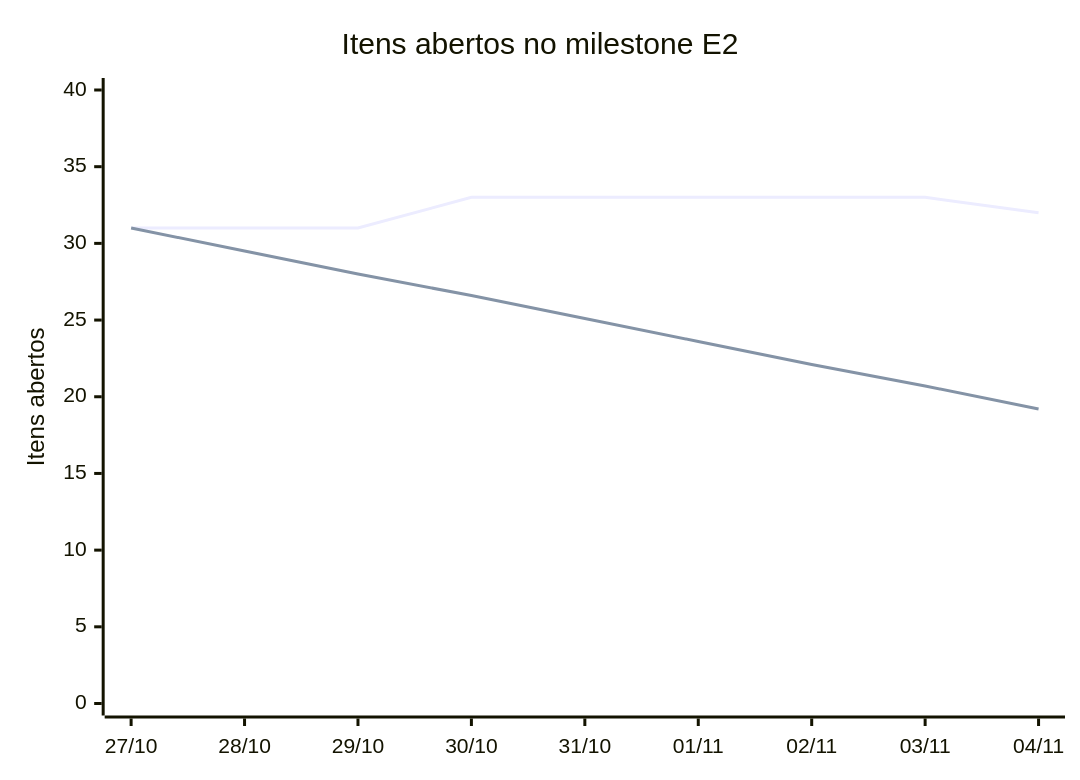
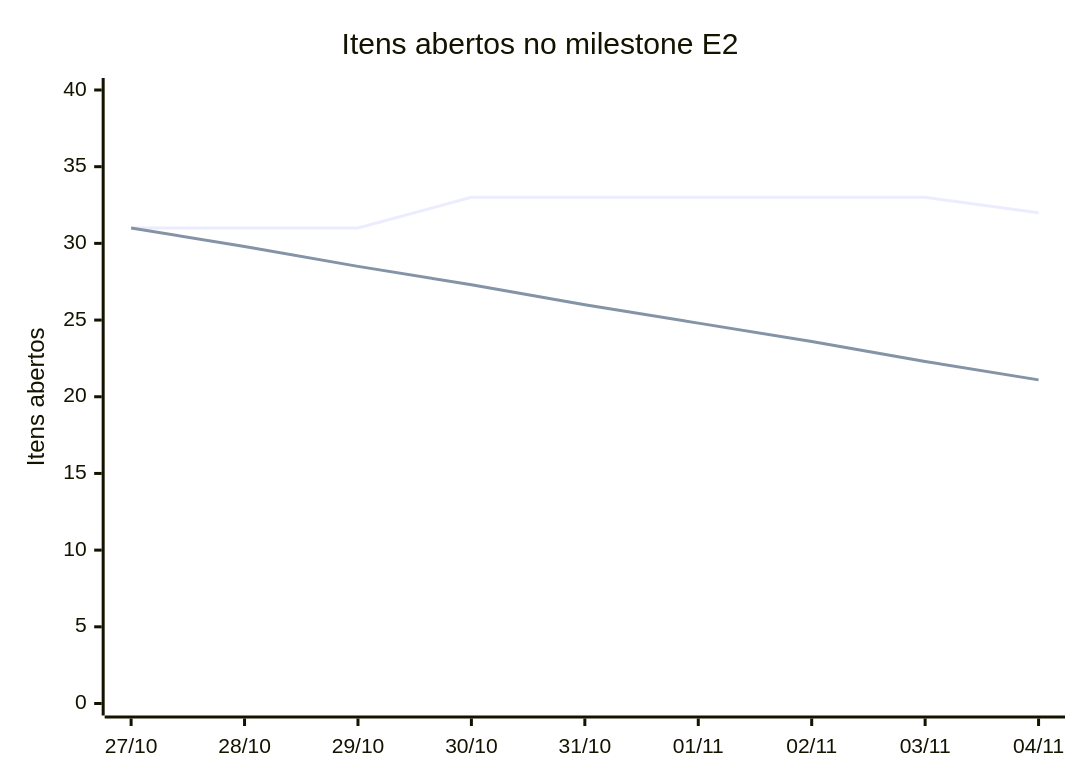
One commit to FCTE-Qualidade-de-Software-1/2026-2_T02_FRANS_BILAS changed the seventh of 7 diagrams in documentation/content/gestao.md. Above: the diagram before and after it, drawn with Mermaid. The commit also changed other lines of this file and 3 other files, not shown here.

````diff
--- a/documentation/content/gestao.md
+++ b/documentation/content/gestao.md
@@ -446,8 +446,8 @@
 ```mermaid
 xychart-beta
     title "Itens abertos no milestone E2"
     x-axis ["27/10", "28/10", "29/10", "30/10", "31/10", "01/11", "02/11", "03/11", "04/11"]
     y-axis "Itens abertos" 0 --> 40
     line [31, 31, 31, 33, 33, 33, 33, 33, 32]
-    line [31, 29.5, 28, 26.6, 25.1, 23.6, 22.1, 20.7, 19.2]
+    line [31, 29.8, 28.5, 27.3, 26, 24.8, 23.6, 22.3, 21.1]
 ```
````
